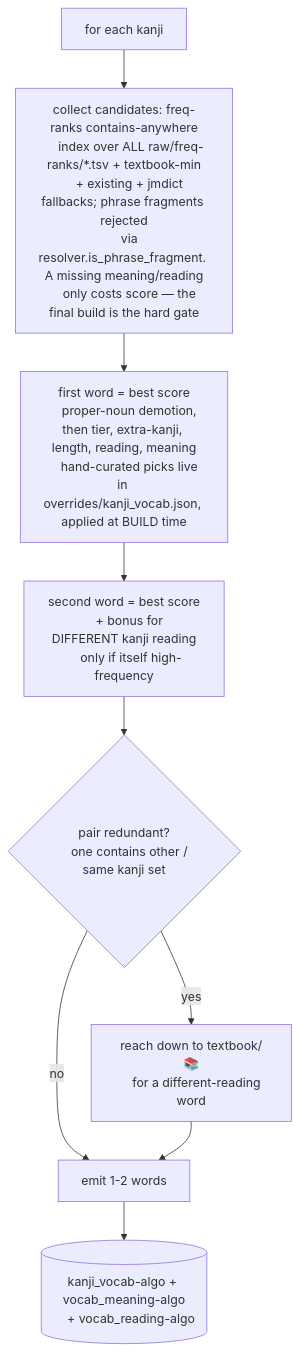
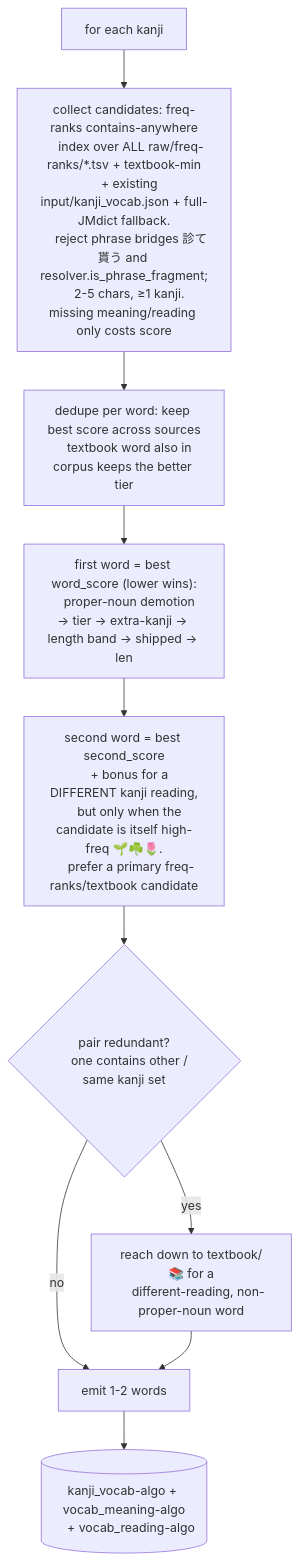
Before and after one commit to PikaPikaGems/kanji-heatmap-data: the sixth of 8 diagrams in notes/flowchart.md, drawn with Mermaid. The commit also changed other lines of this file, not shown here.

First line of the commit message:
Update flowchart.md to current pipeline

````diff
--- a/notes/flowchart.md
+++ b/notes/flowchart.md
@@ -226,22 +275,24 @@
 ```mermaid
 flowchart TD
     K[for each kanji] --> C[collect candidates: freq-ranks contains-anywhere
     index over ALL raw/freq-ranks/*.tsv + textbook-min
-    + existing + jmdict fallbacks; phrase fragments rejected
-    via resolver.is_phrase_fragment. A missing meaning/reading
-    only costs score — the final build is the hard gate]
-    C --> S1[first word = best score
-    proper-noun demotion, then tier, extra-kanji, length, reading, meaning
-    hand-curated picks live in overrides/kanji_vocab.json, applied at BUILD time]
-    S1 --> S2[second word = best score
-    + bonus for DIFFERENT kanji reading
-    only if itself high-frequency]
+    + existing input/kanji_vocab.json + full-JMdict fallback.
+    reject phrase bridges 診て貰う and resolver.is_phrase_fragment;
+    2-5 chars, ≥1 kanji. missing meaning/reading only costs score]
+    C --> DEDUP[dedupe per word: keep best score across sources
+    textbook word also in corpus keeps the better tier]
+    DEDUP --> S1["first word = best word_score (lower wins):
+    proper-noun demotion → tier → extra-kanji → length band → shipped → len"]
+    S1 --> S2[second word = best second_score
+    + bonus for a DIFFERENT kanji reading,
+    but only when the candidate is itself high-freq 🌱☘️🌷.
+    prefer a primary freq-ranks/textbook candidate]
     S2 --> RP{pair redundant?
     one contains other / same kanji set}
-    RP -- yes --> ALT[reach down to textbook/📚
-    for a different-reading word]
+    RP -- yes --> ALT[reach down to textbook/📚 for a
+    different-reading, non-proper-noun word]
     RP -- no --> EMIT
     ALT --> EMIT[emit 1-2 words]
     EMIT --> W[(kanji_vocab-algo + vocab_meaning-algo
     + vocab_reading-algo)]
 ```
````
